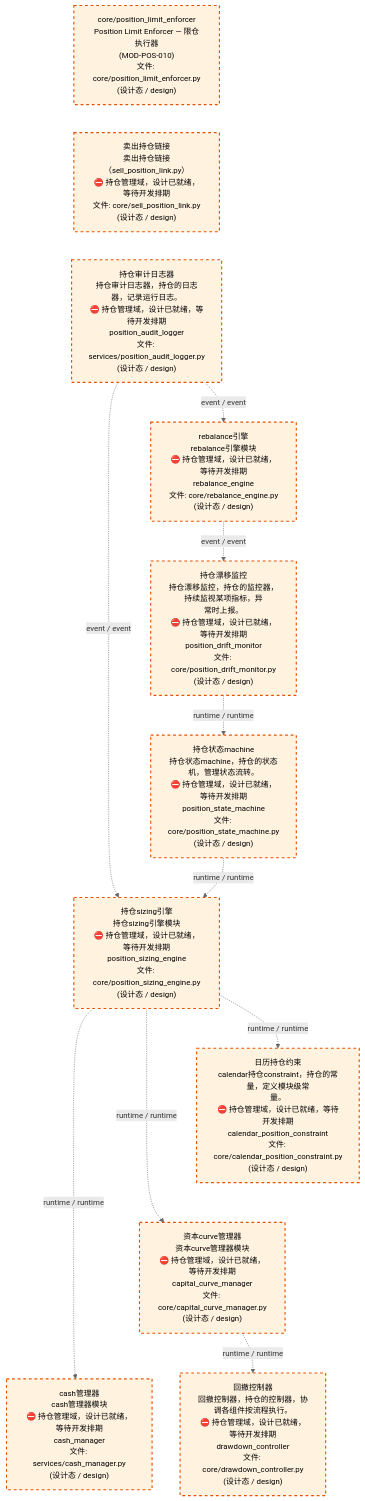
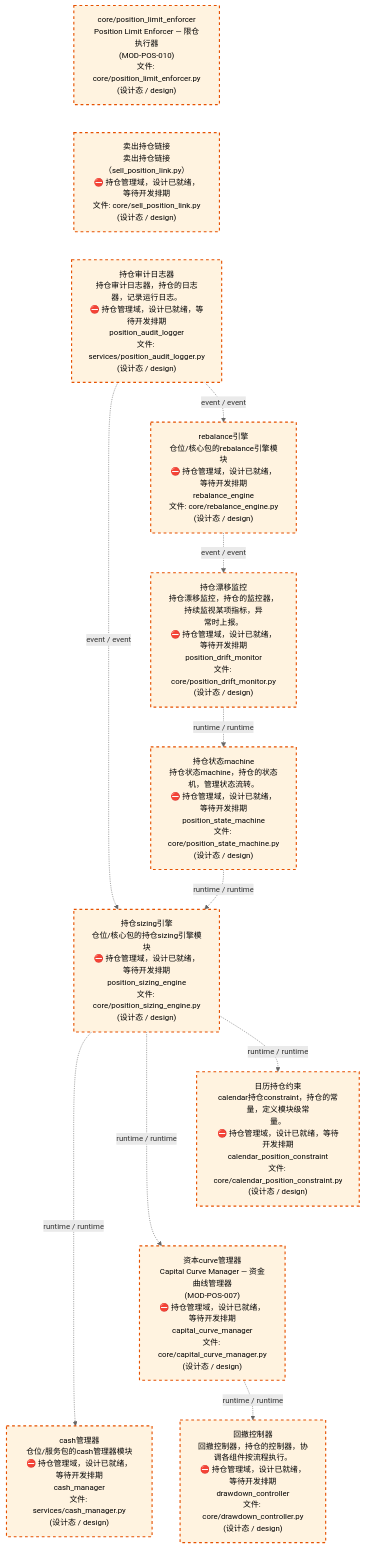
The third of 4 diagrams in docs/02_enterprise_architecture/02_domain_architecture_docs/64_d_position.md (xuanFelixVan/ZephyrAlpha), drawn with Mermaid before and after one commit. The commit also changed other lines of this file and 42 other files, not shown here.

````diff
--- a/docs/02_enterprise_architecture/02_domain_architecture_docs/64_d_position.md
+++ b/docs/02_enterprise_architecture/02_domain_architecture_docs/64_d_position.md
@@ -125,33 +125,33 @@
 ```mermaid
 %%{init: {'theme': 'base', 'themeVariables': {'primaryColor': '#eaeaea', 'primaryTextColor': '#333333', 'primaryBorderColor': '#666666', 'lineColor': '#666666', 'secondaryColor': '#eaeaea', 'tertiaryColor': '#eaeaea', 'fontSize': '14px'}}}%%
 flowchart TD
     src_zephyr_position_core_position_limit_enforcer_py["core/position_limit_enforcer<br/>Position Limit Enforcer — 限仓执行器<br/>(MOD-POS-010)<br/>文件: core/position_limit_enforcer.py<br/>(设计态 / design)"]
     src_zephyr_position_core_sell_position_link_py["卖出持仓链接<br/>卖出持仓链接（sell_position_link.py）<br/>⛔ 持仓管理域，设计已就绪，等待开发排期<br/>文件: core/sell_position_link.py<br/>(设计态 / design)"]
     src_zephyr_position_services_position_audit_logger_py["持仓审计日志器<br/>持仓审计日志器，持仓的日志器，记录运行日志。<br/>⛔ 持仓管理域，设计已就绪，等待开发排期<br/>position_audit_logger<br/>文件: services/position_audit_logger.py<br/>(设计态 / design)"]
     src_zephyr_position_core_position_limit_enforcer_py ~~~ src_zephyr_position_core_sell_position_link_py
     src_zephyr_position_core_sell_position_link_py ~~~ src_zephyr_position_services_position_audit_logger_py
-    src_zephyr_position_core_rebalance_engine_py["rebalance引擎<br/>rebalance引擎模块<br/>⛔ 持仓管理域，设计已就绪，等待开发排期<br/>rebalance_engine<br/>文件: core/rebalance_engine.py<br/>(设计态 / design)"]
+    src_zephyr_position_core_rebalance_engine_py["rebalance引擎<br/>仓位/核心包的rebalance引擎模块<br/>⛔ 持仓管理域，设计已就绪，等待开发排期<br/>rebalance_engine<br/>文件: core/rebalance_engine.py<br/>(设计态 / design)"]
     src_zephyr_position_core_position_drift_monitor_py["持仓漂移监控<br/>持仓漂移监控，持仓的监控器，持续监视某项指标，异<br/>常时上报。<br/>⛔ 持仓管理域，设计已就绪，等待开发排期<br/>position_drift_monitor<br/>文件: core/position_drift_monitor.py<br/>(设计态 / design)"]
     src_zephyr_position_core_position_state_machine_py["持仓状态machine<br/>持仓状态machine，持仓的状态机，管理状态流转。<br/>⛔ 持仓管理域，设计已就绪，等待开发排期<br/>position_state_machine<br/>文件: core/position_state_machine.py<br/>(设计态 / design)"]
-    src_zephyr_position_core_position_sizing_engine_py["持仓sizing引擎<br/>持仓sizing引擎模块<br/>⛔ 持仓管理域，设计已就绪，等待开发排期<br/>position_sizing_engine<br/>文件: core/position_sizing_engine.py<br/>(设计态 / design)"]
+    src_zephyr_position_core_position_sizing_engine_py["持仓sizing引擎<br/>仓位/核心包的持仓sizing引擎模块<br/>⛔ 持仓管理域，设计已就绪，等待开发排期<br/>position_sizing_engine<br/>文件: core/position_sizing_engine.py<br/>(设计态 / design)"]
     src_zephyr_position_core_calendar_position_constraint_py["日历持仓约束<br/>calendar持仓constraint，持仓的常量，定义模块级常<br/>量。<br/>⛔ 持仓管理域，设计已就绪，等待开发排期<br/>calendar_position_constraint<br/>文件: core/calendar_position_constraint.py<br/>(设计态 / design)"]
-    src_zephyr_position_core_capital_curve_manager_py["资本curve管理器<br/>资本curve管理器模块<br/>⛔ 持仓管理域，设计已就绪，等待开发排期<br/>capital_curve_manager<br/>文件: core/capital_curve_manager.py<br/>(设计态 / design)"]
-    src_zephyr_position_services_cash_manager_py["cash管理器<br/>cash管理器模块<br/>⛔ 持仓管理域，设计已就绪，等待开发排期<br/>cash_manager<br/>文件: services/cash_manager.py<br/>(设计态 / design)"]
+    src_zephyr_position_core_capital_curve_manager_py["资本curve管理器<br/>Capital Curve Manager — 资金曲线管理器<br/>(MOD-POS-007)<br/>⛔ 持仓管理域，设计已就绪，等待开发排期<br/>capital_curve_manager<br/>文件: core/capital_curve_manager.py<br/>(设计态 / design)"]
+    src_zephyr_position_services_cash_manager_py["cash管理器<br/>仓位/服务包的cash管理器模块<br/>⛔ 持仓管理域，设计已就绪，等待开发排期<br/>cash_manager<br/>文件: services/cash_manager.py<br/>(设计态 / design)"]
     src_zephyr_position_core_calendar_position_constraint_py ~~~ src_zephyr_position_core_capital_curve_manager_py
     src_zephyr_position_core_capital_curve_manager_py ~~~ src_zephyr_position_services_cash_manager_py
     src_zephyr_position_core_drawdown_controller_py["回撤控制器<br/>回撤控制器，持仓的控制器，协调各组件按流程执行。<br/>⛔ 持仓管理域，设计已就绪，等待开发排期<br/>drawdown_controller<br/>文件: core/drawdown_controller.py<br/>(设计态 / design)"]
     src_zephyr_position_core_position_sizing_engine_py -.->|runtime / runtime| src_zephyr_position_services_cash_manager_py
     src_zephyr_position_core_position_sizing_engine_py -.->|runtime / runtime| src_zephyr_position_core_capital_curve_manager_py
     src_zephyr_position_core_position_sizing_engine_py -.->|runtime / runtime| src_zephyr_position_core_calendar_position_constraint_py
     src_zephyr_position_core_position_state_machine_py -.->|runtime / runtime| src_zephyr_position_core_position_sizing_engine_py
     src_zephyr_position_core_position_drift_monitor_py -.->|runtime / runtime| src_zephyr_position_core_position_state_machine_py
     src_zephyr_position_core_rebalance_engine_py -.->|event / event| src_zephyr_position_core_position_drift_monitor_py
     src_zephyr_position_core_capital_curve_manager_py -.->|runtime / runtime| src_zephyr_position_core_drawdown_controller_py
     src_zephyr_position_services_position_audit_logger_py -.->|event / event| src_zephyr_position_core_position_sizing_engine_py
     src_zephyr_position_services_position_audit_logger_py -.->|event / event| src_zephyr_position_core_rebalance_engine_py
     classDef production fill:#e1f5fe,stroke:#01579b,stroke-width:2px,color:#000
     classDef design fill:#fff3e0,stroke:#e65100,stroke-width:2px,color:#000,stroke-dasharray: 5 5
     classDef external_prod fill:#e8f4fd,stroke:#0277bd,stroke-width:1px,color:#000
     classDef external_design fill:#fff8e7,stroke:#ef6c00,stroke-width:1px,color:#000,stroke-dasharray: 5 5
     class src_zephyr_position_core_calendar_position_constraint_py,src_zephyr_position_core_capital_curve_manager_py,src_zephyr_position_core_drawdown_controller_py,src_zephyr_position_core_position_drift_monitor_py,src_zephyr_position_core_position_limit_enforcer_py,src_zephyr_position_core_position_sizing_engine_py,src_zephyr_position_core_position_state_machine_py,src_zephyr_position_core_rebalance_engine_py,src_zephyr_position_core_sell_position_link_py,src_zephyr_position_services_cash_manager_py,src_zephyr_position_services_position_audit_logger_py design
 ```
````
